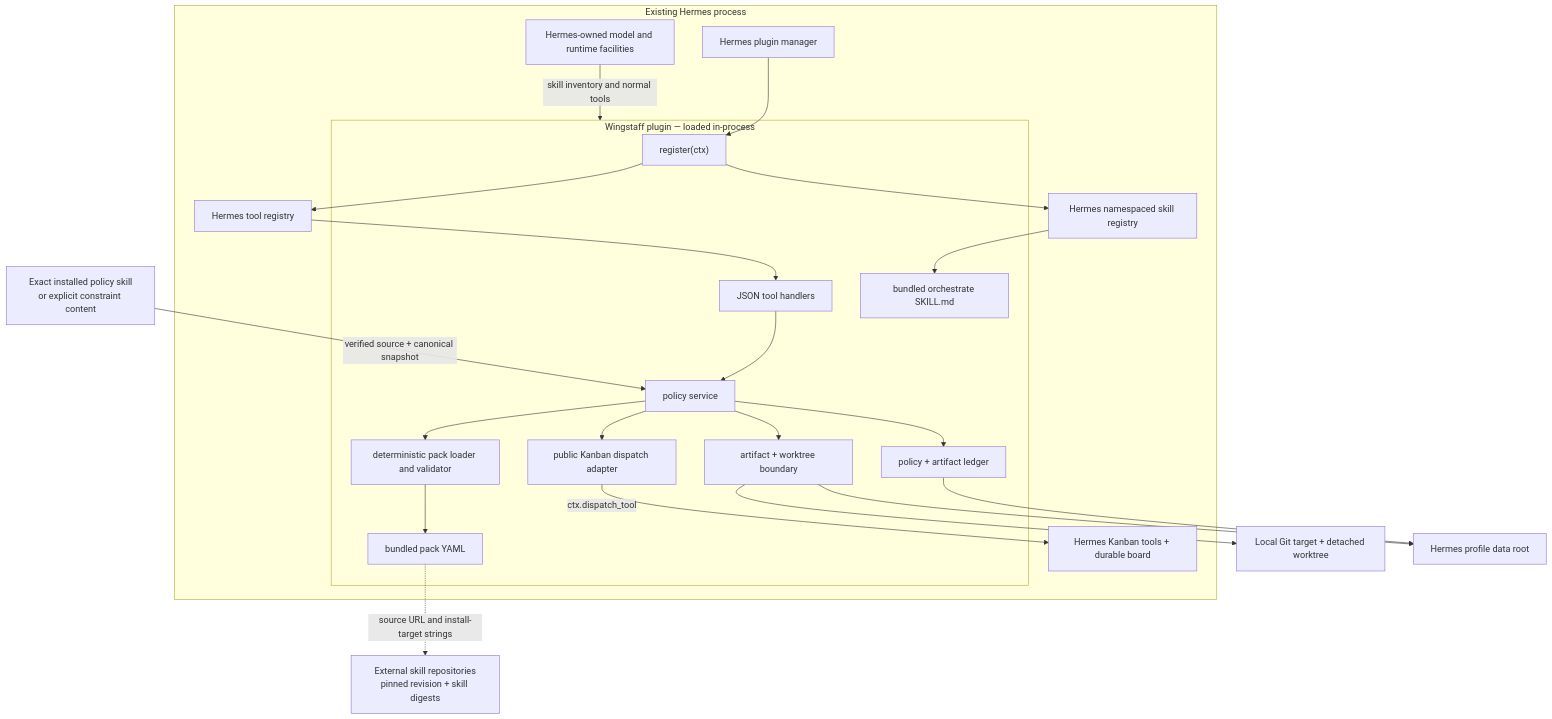
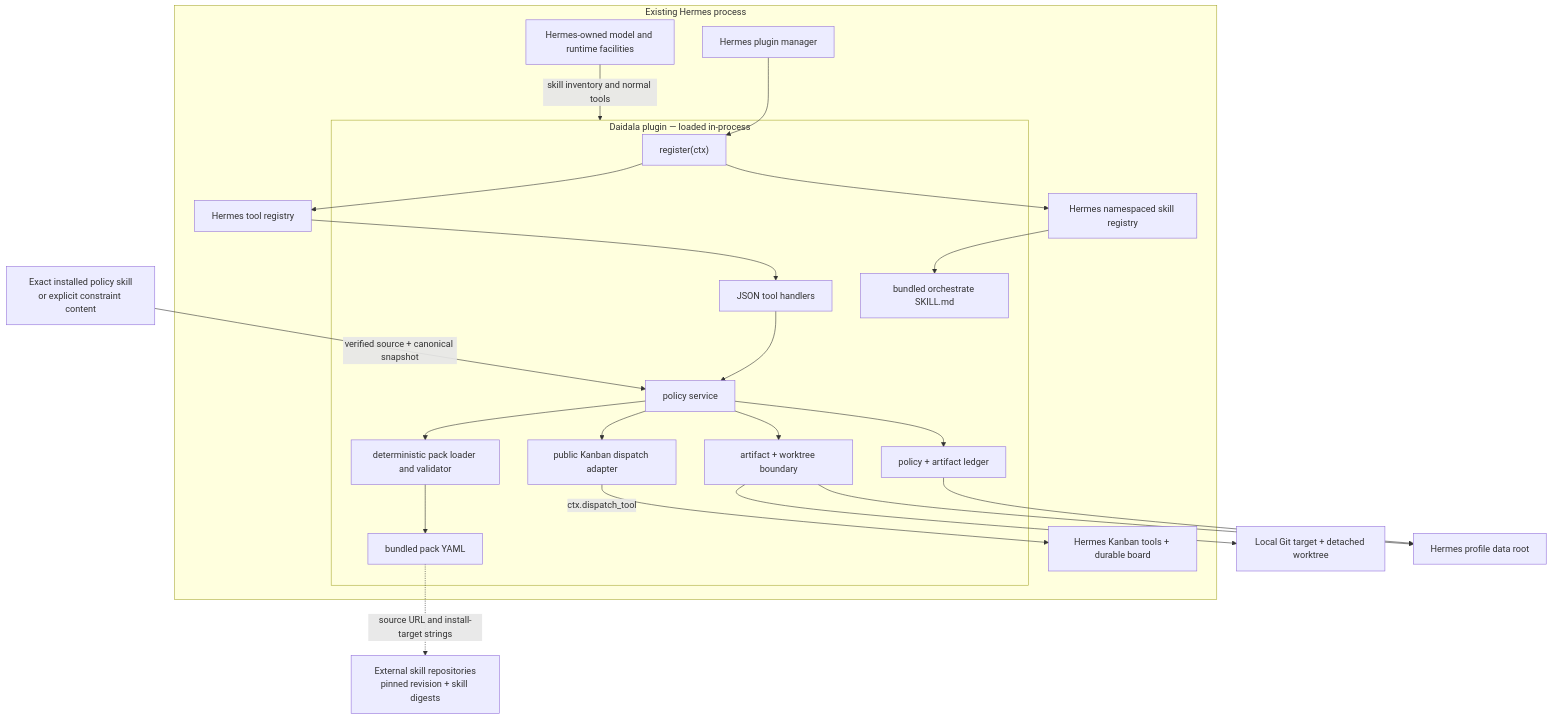
Before and after one commit to forgegod/daidala: the first of 3 diagrams in docs/01-architecture.md, drawn with Mermaid. The commit also changed other lines of this file and 28 other files, not shown here.

````diff
--- a/docs/01-architecture.md
+++ b/docs/01-architecture.md
@@ -16,46 +16,46 @@
 ```mermaid
 flowchart TB
     subgraph H["Existing Hermes process"]
         PM["Hermes plugin manager"]
         TR["Hermes tool registry"]
         SR["Hermes namespaced skill registry"]
         HOST["Hermes-owned model and runtime facilities"]
         KB["Hermes Kanban tools + durable board"]
 
-        subgraph W["Wingstaff plugin — loaded in-process"]
+        subgraph W["Daidala plugin — loaded in-process"]
             REG["register(ctx)"]
             TOOL["JSON tool handlers"]
             PACK["deterministic pack loader and validator"]
             SERVICE["policy service"]
             STATE["policy + artifact ledger"]
             EXEC["artifact + worktree boundary"]
             KBA["public Kanban dispatch adapter"]
             SKILL["bundled orchestrate SKILL.md"]
             YAML["bundled pack YAML"]
         end
 
         PM --> REG
         REG --> TR
         REG --> SR
         TR --> TOOL
         TOOL --> SERVICE
         SERVICE --> PACK
         SERVICE --> STATE
         SERVICE --> EXEC
         SERVICE --> KBA
         KBA -->|"ctx.dispatch_tool"| KB
         PACK --> YAML
         SR --> SKILL
         HOST -->|"skill inventory and normal tools"| W
     end
 
     TARGET["Local Git target + detached worktree"]
     DATA["Hermes profile data root"]
     EXT["External skill repositories<br>pinned revision + skill digests"]
     POLICY["Exact installed policy skill<br>or explicit constraint content"]
     EXEC --> TARGET
     STATE --> DATA
     EXEC --> DATA
     YAML -."source URL and install-target strings".-> EXT
     POLICY -->|"verified source + canonical snapshot"| SERVICE
 ```
````
